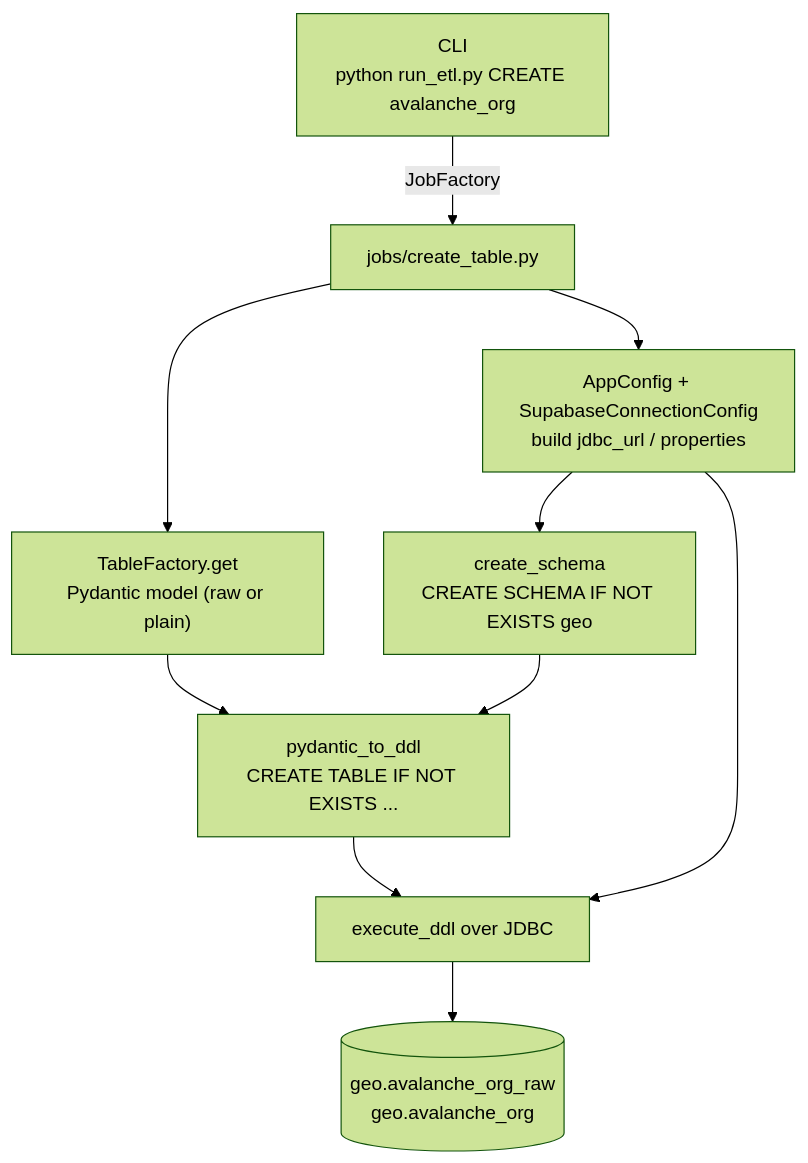
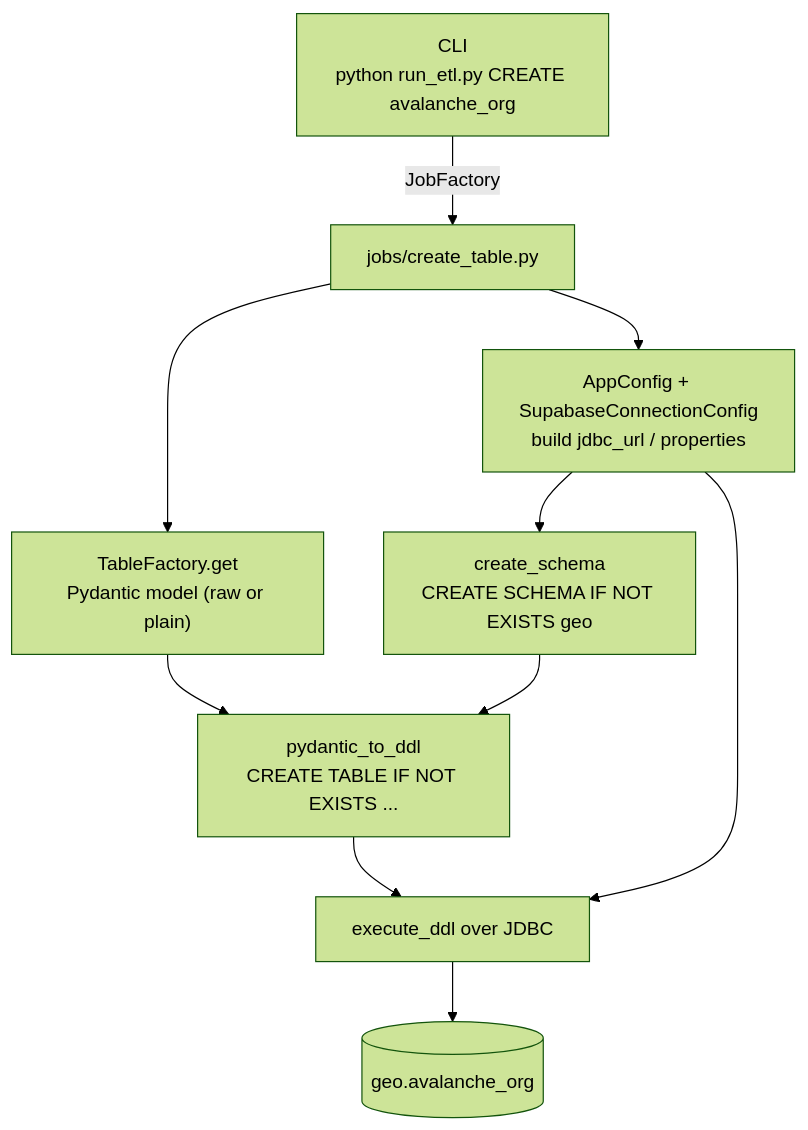
Before and after one commit to kaluzny1995/GEO_ETL: the diagram in docs/etl_jobs/create-table.md, drawn with Mermaid (forest theme). The commit also changed other lines of this file and 17 other files, not shown here.

````diff
--- a/docs/etl_jobs/create-table.md
+++ b/docs/etl_jobs/create-table.md
@@ -7,12 +7,12 @@
 ```mermaid
 flowchart TD
     CLI["CLI<br/>python run_etl.py CREATE avalanche_org"] -->|JobFactory| JOB["jobs/create_table.py"]
     JOB --> MODEL["TableFactory.get<br/>Pydantic model (raw or plain)"]
     JOB --> CFG["AppConfig + SupabaseConnectionConfig<br/>build jdbc_url / properties"]
     CFG --> SCHEMA["create_schema<br/>CREATE SCHEMA IF NOT EXISTS geo"]
     MODEL --> DDL["pydantic_to_ddl<br/>CREATE TABLE IF NOT EXISTS ..."]
     SCHEMA --> DDL
     DDL --> EXEC["execute_ddl over JDBC"]
     CFG --> EXEC
-    EXEC --> DB[("geo.avalanche_org_raw<br/>geo.avalanche_org")]
+    EXEC --> DB[("geo.avalanche_org")]
 ```
````
